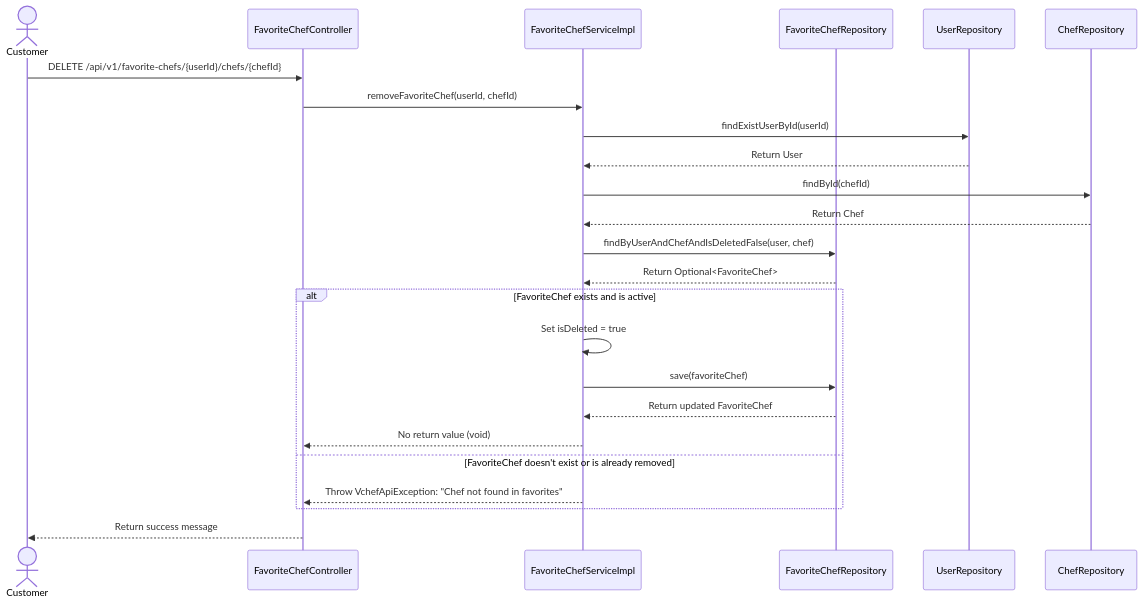
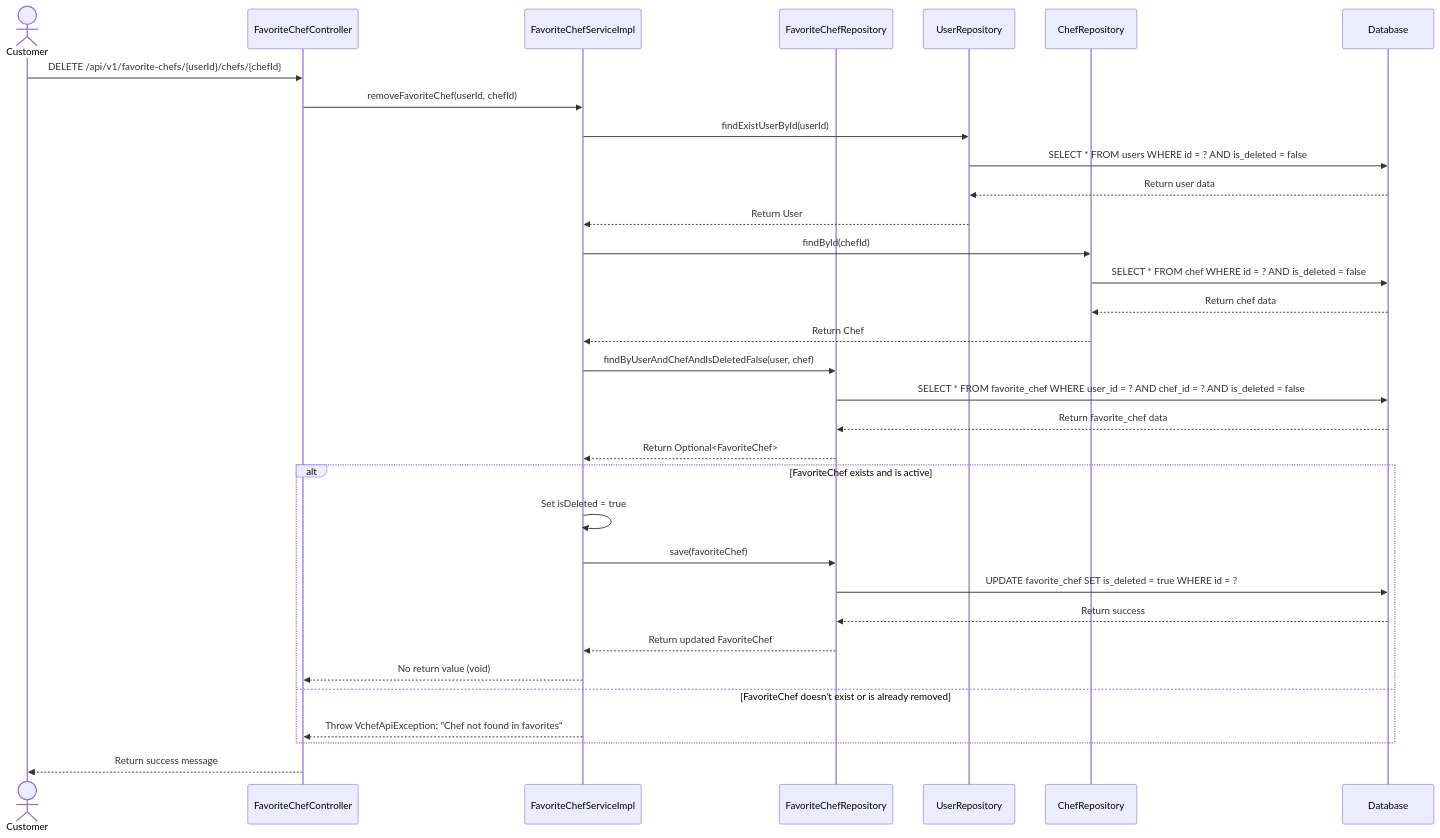
One commit to phongkhongxai/vietchef changed the seventh of 9 diagrams in docs/Favorite Chef System Diagrams.md. Above: the diagram before and after it, drawn with Mermaid. The commit also changed other lines of this file and 15 other files, not shown here.

````diff
--- a/docs/Favorite Chef System Diagrams.md
+++ b/docs/Favorite Chef System Diagrams.md
@@ -263,32 +274,41 @@
 ```mermaid
 sequenceDiagram
     actor Customer
     participant FC as FavoriteChefController
     participant FS as FavoriteChefServiceImpl
     participant FCR as FavoriteChefRepository
     participant UR as UserRepository
     participant CR as ChefRepository
+    participant DB as Database
     
     Customer->>FC: DELETE /api/v1/favorite-chefs/{userId}/chefs/{chefId}
     FC->>FS: removeFavoriteChef(userId, chefId)
     
     FS->>UR: findExistUserById(userId)
+    UR->>DB: SELECT * FROM users WHERE id = ? AND is_deleted = false
+    DB-->>UR: Return user data
     UR-->>FS: Return User
     
     FS->>CR: findById(chefId)
+    CR->>DB: SELECT * FROM chef WHERE id = ? AND is_deleted = false
+    DB-->>CR: Return chef data
     CR-->>FS: Return Chef
     
     FS->>FCR: findByUserAndChefAndIsDeletedFalse(user, chef)
+    FCR->>DB: SELECT * FROM favorite_chef WHERE user_id = ? AND chef_id = ? AND is_deleted = false
+    DB-->>FCR: Return favorite_chef data
     FCR-->>FS: Return Optional<FavoriteChef>
     
     alt FavoriteChef exists and is active
         FS->>FS: Set isDeleted = true
         FS->>FCR: save(favoriteChef)
+        FCR->>DB: UPDATE favorite_chef SET is_deleted = true WHERE id = ?
+        DB-->>FCR: Return success
         FCR-->>FS: Return updated FavoriteChef
         FS-->>FC: No return value (void)
     else FavoriteChef doesn't exist or is already removed
         FS-->>FC: Throw VchefApiException: "Chef not found in favorites"
     end
     
     FC-->>Customer: Return success message
 ```
````
